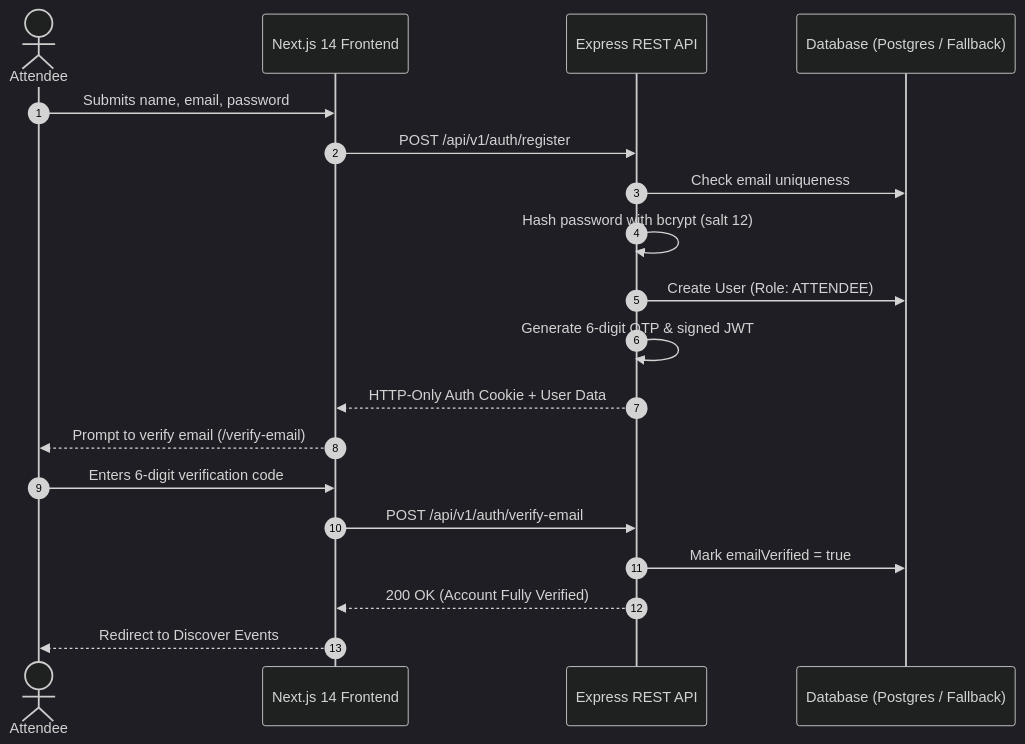
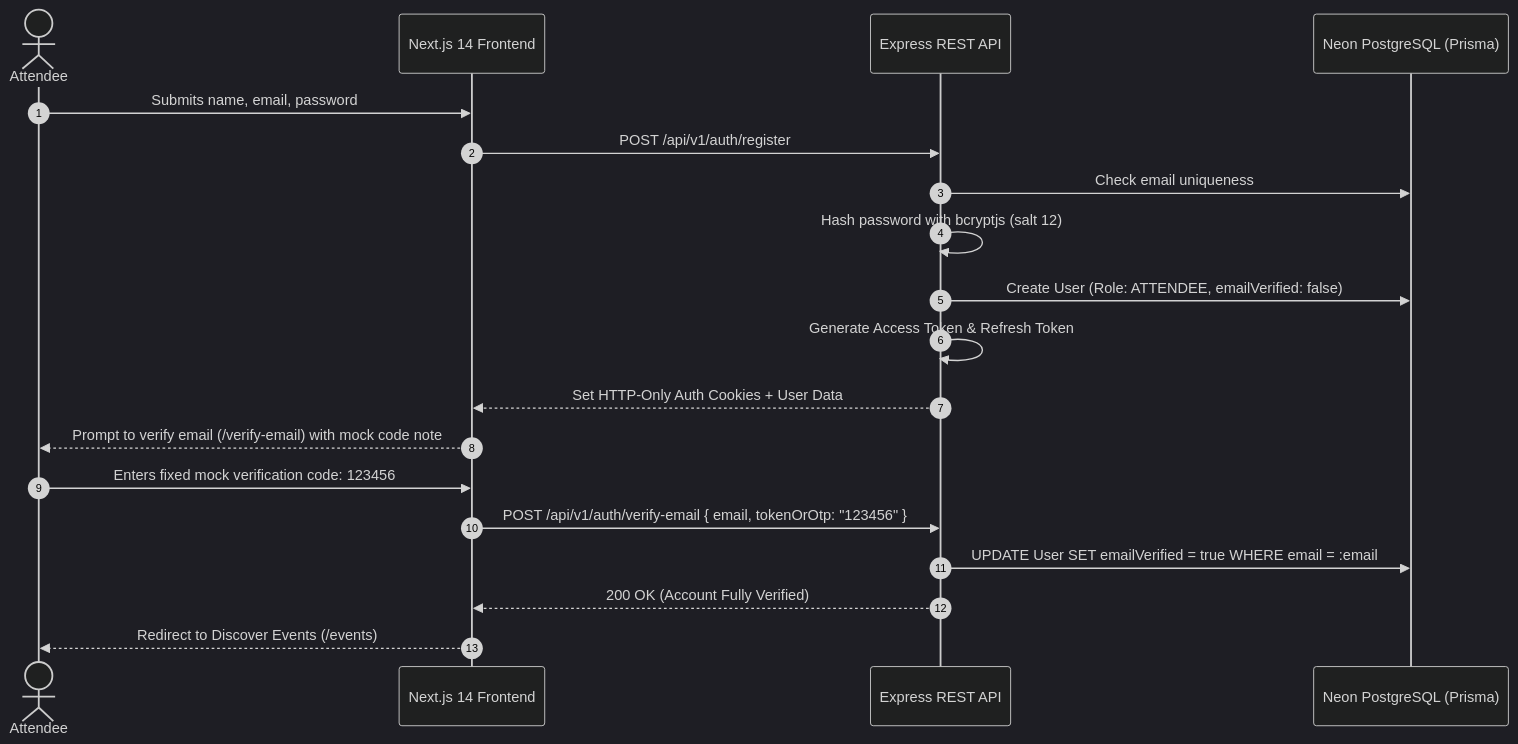
Before and after one commit to meiyarasam/eventra-event-booking: the first of 6 diagrams in docs/flow-diagram.md, drawn with Mermaid (dark theme). The commit also changed other lines of this file and 5 other files, not shown here.

````diff
--- a/docs/flow-diagram.md
+++ b/docs/flow-diagram.md
@@ -16,23 +15,23 @@
 ```mermaid
 sequenceDiagram
     autonumber
     actor Attendee
     participant Web as Next.js 14 Frontend
     participant API as Express REST API
-    participant DB as Database (Postgres / Fallback)
+    participant DB as Neon PostgreSQL (Prisma)
 
     Attendee->>Web: Submits name, email, password
     Web->>API: POST /api/v1/auth/register
     API->>DB: Check email uniqueness
-    API->>API: Hash password with bcrypt (salt 12)
-    API->>DB: Create User (Role: ATTENDEE)
-    API->>API: Generate 6-digit OTP & signed JWT
-    API-->>Web: HTTP-Only Auth Cookie + User Data
-    Web-->>Attendee: Prompt to verify email (/verify-email)
+    API->>API: Hash password with bcryptjs (salt 12)
+    API->>DB: Create User (Role: ATTENDEE, emailVerified: false)
+    API->>API: Generate Access Token & Refresh Token
+    API-->>Web: Set HTTP-Only Auth Cookies + User Data
+    Web-->>Attendee: Prompt to verify email (/verify-email) with mock code note
     
-    Attendee->>Web: Enters 6-digit verification code
-    Web->>API: POST /api/v1/auth/verify-email
-    API->>DB: Mark emailVerified = true
+    Attendee->>Web: Enters fixed mock verification code: 123456
+    Web->>API: POST /api/v1/auth/verify-email { email, tokenOrOtp: "123456" }
+    API->>DB: UPDATE User SET emailVerified = true WHERE email = :email
     API-->>Web: 200 OK (Account Fully Verified)
-    Web-->>Attendee: Redirect to Discover Events
+    Web-->>Attendee: Redirect to Discover Events (/events)
 ```
````
